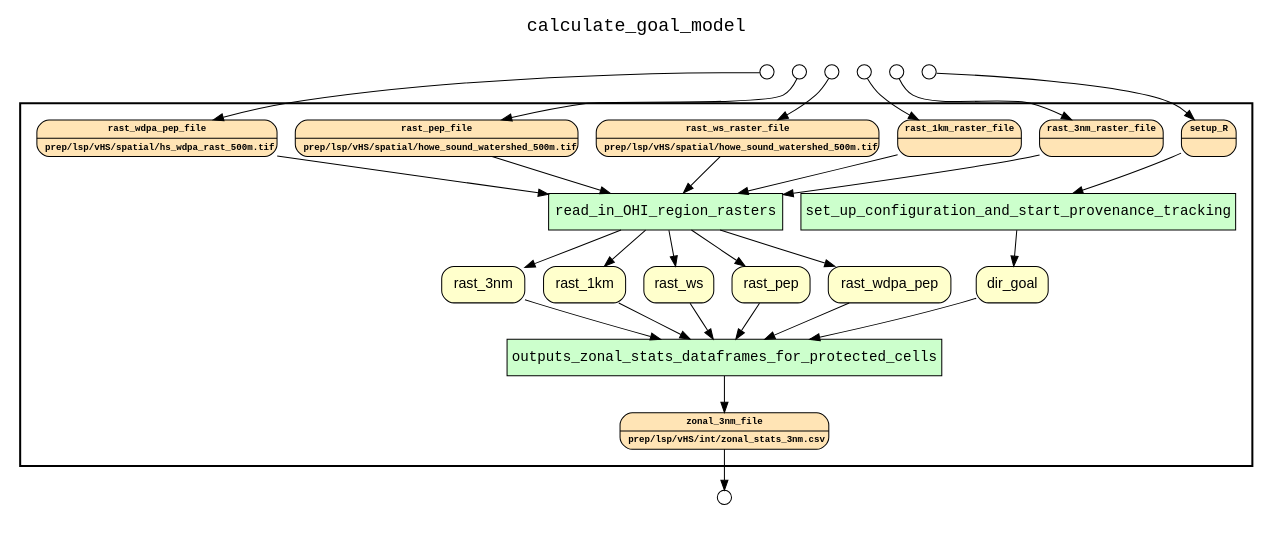
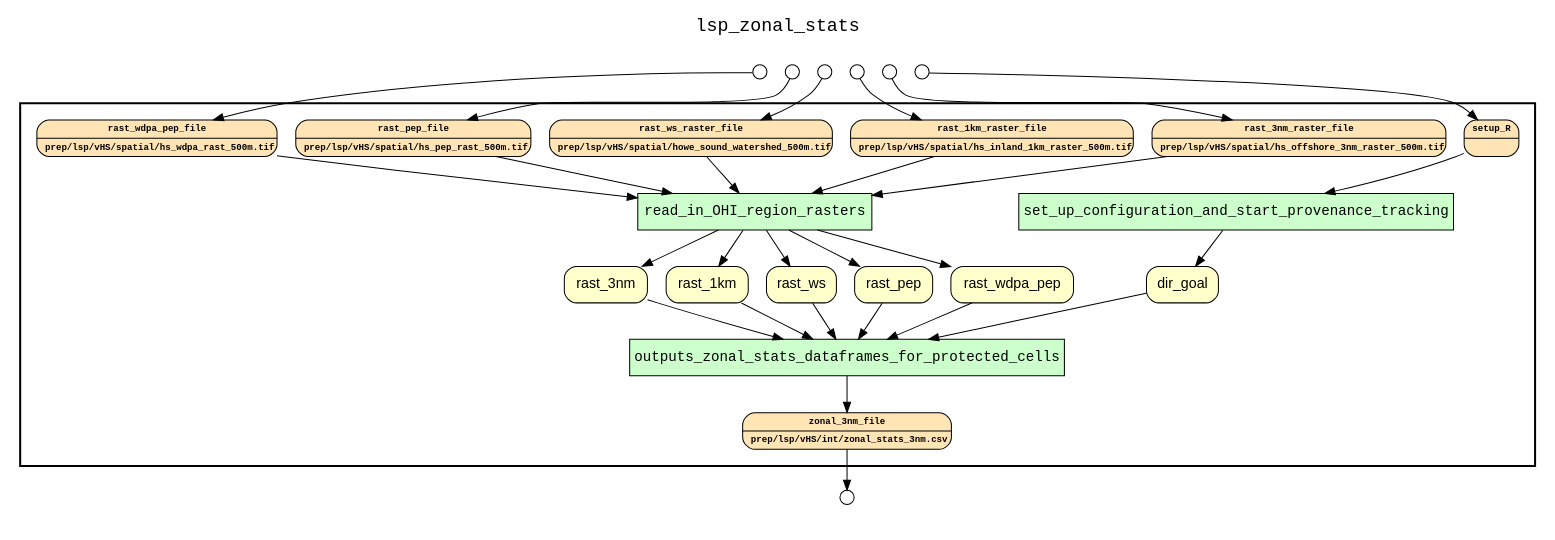
Before and after one commit to sycao5/runManager-multipleRuns: the diagram in examples/OHIBC_Howe_Sound/hybrid provenance queries/examples/lsp_zonal_stats/results/wf_recon_upstream_of_zonal_3nm_file.gv, drawn with Graphviz. The commit also changed 106 other files, not shown here.

Commit message:
Update YW WF graphs for lsp_zonal_stats.R, estimate_status_and_trend_by_year.R, and combine_inland_offshore.R

```diff
--- a/examples/OHIBC_Howe_Sound/hybrid provenance queries/examples/lsp_zonal_stats/results/wf_recon_upstream_of_zonal_3nm_file.gv
+++ b/examples/OHIBC_Howe_Sound/hybrid provenance queries/examples/lsp_zonal_stats/results/wf_recon_upstream_of_zonal_3nm_file.gv
@@ -1,72 +1,72 @@
 
 digraph yw_data_view {
 rankdir=TB
 fontname=Courier; fontsize=18; labelloc=t
-label="calculate_goal_model"
+label="lsp_zonal_stats"
 subgraph cluster_workflow { label=""; color=black; penwidth=2
 subgraph cluster_workflow_inner { label=""; color=white
 node[shape=box style="filled" fillcolor="#CCFFCC" peripheries=1 fontname=Courier]
 read_in_OHI_region_rasters
 set_up_configuration_and_start_provenance_tracking
 outputs_zonal_stats_dataframes_for_protected_cells
 node[shape=box style="filled" fillcolor="#CCFFCC" peripheries=1 fontname=Courier]
 node[shape=box style="rounded,filled" fillcolor="#FFFFCC" peripheries=1 fontname=Helvetica]
 dir_goal
 rast_3nm
 rast_1km
 rast_ws
 rast_pep
 rast_wdpa_pep
 node[shape=box style="rounded,filled" fillcolor="#FFE4B5" peripheries=1 fontname="Courier-Bold" fontsize=9]
 setup_R[shape=record rankdir=LR label="{<f0> setup_R |<f1>}"]
-rast_3nm_raster_file[shape=record rankdir=LR label="{<f0> rast_3nm_raster_file |<f1>}"]
-rast_1km_raster_file[shape=record rankdir=LR label="{<f0> rast_1km_raster_file |<f1>}"]
+rast_3nm_raster_file[shape=record rankdir=LR label="{<f0> rast_3nm_raster_file |<f1>prep/lsp/vHS/spatial/hs_offshore_3nm_raster_500m.tif\l}"]
+rast_1km_raster_file[shape=record rankdir=LR label="{<f0> rast_1km_raster_file |<f1>prep/lsp/vHS/spatial/hs_inland_1km_raster_500m.tif\l}"]
 rast_ws_raster_file[shape=record rankdir=LR label="{<f0> rast_ws_raster_file |<f1>prep/lsp/vHS/spatial/howe_sound_watershed_500m.tif\l}"]
-rast_pep_file[shape=record rankdir=LR label="{<f0> rast_pep_file |<f1>prep/lsp/vHS/spatial/howe_sound_watershed_500m.tif\l}"]
+rast_pep_file[shape=record rankdir=LR label="{<f0> rast_pep_file |<f1>prep/lsp/vHS/spatial/hs_pep_rast_500m.tif\l}"]
 rast_wdpa_pep_file[shape=record rankdir=LR label="{<f0> rast_wdpa_pep_file |<f1>prep/lsp/vHS/spatial/hs_wdpa_rast_500m.tif\l}"]
 node[shape=box style="rounded,filled" fillcolor="#FFE4B5" peripheries=1 fontname="Courier-Bold" fontsize=9]
 zonal_3nm_file[shape=record rankdir=LR label="{<f0> zonal_3nm_file |<f1>prep/lsp/vHS/int/zonal_stats_3nm.csv\l}"]
 node[shape=box style="rounded,filled" fillcolor="#FFFFFF" peripheries=1 fontname=Helvetica]
 }}
 subgraph cluster_inflows { label=""; color=white; penwidth=2
 subgraph cluster_inflows_inner { label=""; color=white
 node[shape=circle fillcolor="#FFFFFF" peripheries=1 width=0.2]
 setup_R_inflow [label=""]
 rast_3nm_raster_file_inflow [label=""]
 rast_1km_raster_file_inflow [label=""]
 rast_ws_raster_file_inflow [label=""]
 rast_pep_file_inflow [label=""]
 rast_wdpa_pep_file_inflow [label=""]
 }}
 subgraph cluster_outflows { label=""; color=white; penwidth=2
 subgraph cluster_outflows_inner { label=""; color=white
 node[shape=circle fillcolor="#FFFFFF" peripheries=1 width=0.2]
 zonal_3nm_file_outflow [label=""]
 }}
+rast_3nm_raster_file -> read_in_OHI_region_rasters
+rast_ws -> outputs_zonal_stats_dataframes_for_protected_cells
+rast_1km_raster_file -> read_in_OHI_region_rasters
+rast_pep -> outputs_zonal_stats_dataframes_for_protected_cells
+rast_ws_raster_file -> read_in_OHI_region_rasters
 rast_wdpa_pep -> outputs_zonal_stats_dataframes_for_protected_cells
 dir_goal -> outputs_zonal_stats_dataframes_for_protected_cells
 rast_pep_file -> read_in_OHI_region_rasters
 rast_3nm -> outputs_zonal_stats_dataframes_for_protected_cells
 rast_wdpa_pep_file -> read_in_OHI_region_rasters
 setup_R -> set_up_configuration_and_start_provenance_tracking
 rast_1km -> outputs_zonal_stats_dataframes_for_protected_cells
-rast_3nm_raster_file -> read_in_OHI_region_rasters
-rast_ws -> outputs_zonal_stats_dataframes_for_protected_cells
-rast_1km_raster_file -> read_in_OHI_region_rasters
-rast_pep -> outputs_zonal_stats_dataframes_for_protected_cells
-rast_ws_raster_file -> read_in_OHI_region_rasters
 set_up_configuration_and_start_provenance_tracking -> dir_goal
 read_in_OHI_region_rasters -> rast_3nm
 read_in_OHI_region_rasters -> rast_1km
 read_in_OHI_region_rasters -> rast_ws
 read_in_OHI_region_rasters -> rast_pep
 read_in_OHI_region_rasters -> rast_wdpa_pep
 outputs_zonal_stats_dataframes_for_protected_cells -> zonal_3nm_file
 setup_R_inflow -> setup_R
 rast_3nm_raster_file_inflow -> rast_3nm_raster_file
 rast_1km_raster_file_inflow -> rast_1km_raster_file
 rast_ws_raster_file_inflow -> rast_ws_raster_file
 rast_pep_file_inflow -> rast_pep_file
 rast_wdpa_pep_file_inflow -> rast_wdpa_pep_file
 zonal_3nm_file -> zonal_3nm_file_outflow
 }
```
